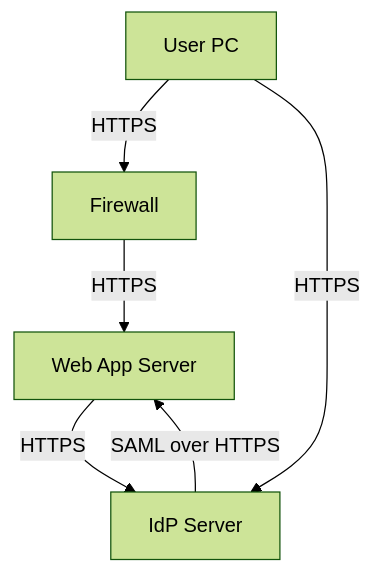
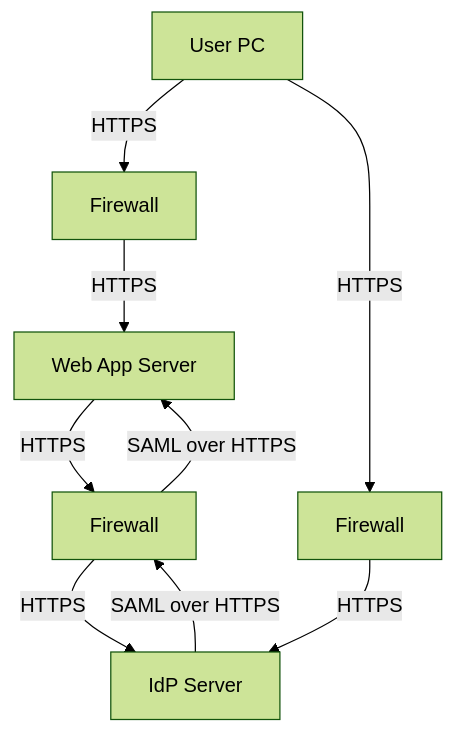
Before and after one commit to neoalienson/architect_library: the second of 8 diagrams in design_patterns/security/sso.md, drawn with Mermaid (forest theme). The commit also changed other lines of this file and 1 other file, not shown here.

````diff
--- a/design_patterns/security/sso.md
+++ b/design_patterns/security/sso.md
@@ -29,8 +29,11 @@
 ```mermaid
 graph TD
-    UserPC[User PC] -->|HTTPS| Firewall[Firewall]
-    Firewall -->|HTTPS| AppServer[Web App Server]
-    AppServer -->|HTTPS| IdPServer[IdP Server]
-    UserPC -->|HTTPS| IdPServer
-    IdPServer -->|SAML over HTTPS| AppServer
+    UserPC[User PC] -->|HTTPS| Firewall1[Firewall]
+    Firewall1 -->|HTTPS| AppServer[Web App Server]
+    AppServer -->|HTTPS| Firewall2[Firewall]
+    Firewall2 -->|HTTPS| IdPServer[IdP Server]
+    UserPC -->|HTTPS| Firewall3[Firewall]
+    Firewall3 -->|HTTPS| IdPServer
+    IdPServer -->|SAML over HTTPS| Firewall2
+    Firewall2 -->|SAML over HTTPS| AppServer
 ```
````
